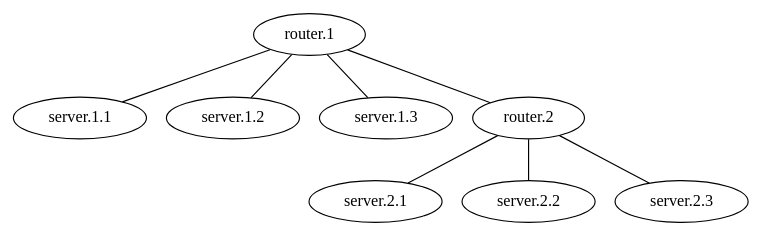
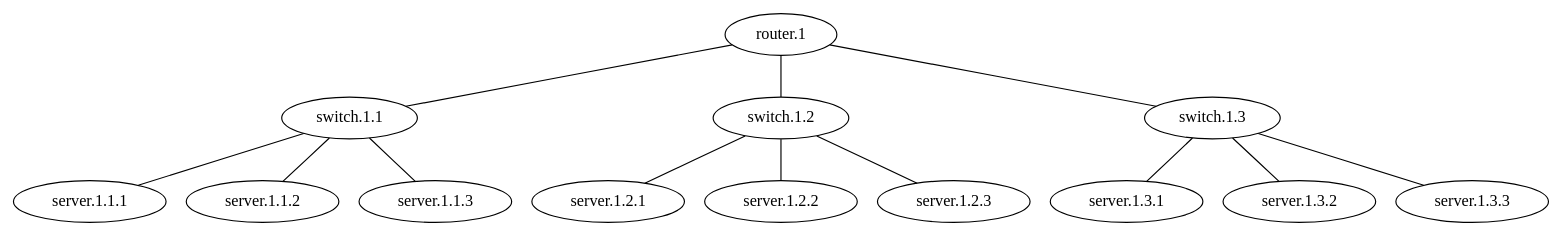
One commit to matferronato/TopologyGen changed the diagram in TopologyGen/TopologyInfo/topology.dot. Above: the diagram before and after it, drawn with Graphviz. The commit also changed 108 other files, not shown here.

```diff
--- a/TopologyGen/TopologyInfo/topology.dot
+++ b/TopologyGen/TopologyInfo/topology.dot
@@ -1,25 +1,32 @@
 graph vx {
 "router.1" [function="leaf" vagrant="eth1" os="hashicorp/bionic64" version="1.0.282" memory="500" config="./helper_scripts/config_production_switch.sh" ] 
-"server.1.1" [function="leaf" vagrant="eth1" os="hashicorp/bionic64" version="1.0.282" memory="500" config="./helper_scripts/config_production_switch.sh" ] 
-"server.1.2" [function="leaf" vagrant="eth1" os="hashicorp/bionic64" version="1.0.282" memory="500" config="./helper_scripts/config_production_switch.sh" ] 
-"server.1.3" [function="leaf" vagrant="eth1" os="hashicorp/bionic64" version="1.0.282" memory="500" config="./helper_scripts/config_production_switch.sh" ] 
-"router.2" [function="leaf" vagrant="eth1" os="hashicorp/bionic64" version="1.0.282" memory="500" config="./helper_scripts/config_production_switch.sh" ] 
-"server.2.1" [function="leaf" vagrant="eth1" os="hashicorp/bionic64" version="1.0.282" memory="500" config="./helper_scripts/config_production_switch.sh" ] 
-"server.2.2" [function="leaf" vagrant="eth1" os="hashicorp/bionic64" version="1.0.282" memory="500" config="./helper_scripts/config_production_switch.sh" ] 
-"server.2.3" [function="leaf" vagrant="eth1" os="hashicorp/bionic64" version="1.0.282" memory="500" config="./helper_scripts/config_production_switch.sh" ] 
-"router.1":"eth1" -- "server.1.1":"eth50"
+"switch.1.1" [function="leaf" vagrant="eth1" os="hashicorp/bionic64" version="1.0.282" memory="500" config="./helper_scripts/config_production_switch.sh" ] 
+"server.1.1.1" [function="leaf" vagrant="eth1" os="hashicorp/bionic64" version="1.0.282" memory="500" config="./helper_scripts/config_production_switch.sh" ] 
+"server.1.1.2" [function="leaf" vagrant="eth1" os="hashicorp/bionic64" version="1.0.282" memory="500" config="./helper_scripts/config_production_switch.sh" ] 
+"server.1.1.3" [function="leaf" vagrant="eth1" os="hashicorp/bionic64" version="1.0.282" memory="500" config="./helper_scripts/config_production_switch.sh" ] 
+"switch.1.2" [function="leaf" vagrant="eth1" os="hashicorp/bionic64" version="1.0.282" memory="500" config="./helper_scripts/config_production_switch.sh" ] 
+"server.1.2.1" [function="leaf" vagrant="eth1" os="hashicorp/bionic64" version="1.0.282" memory="500" config="./helper_scripts/config_production_switch.sh" ] 
+"server.1.2.2" [function="leaf" vagrant="eth1" os="hashicorp/bionic64" version="1.0.282" memory="500" config="./helper_scripts/config_production_switch.sh" ] 
+"server.1.2.3" [function="leaf" vagrant="eth1" os="hashicorp/bionic64" version="1.0.282" memory="500" config="./helper_scripts/config_production_switch.sh" ] 
+"switch.1.3" [function="leaf" vagrant="eth1" os="hashicorp/bionic64" version="1.0.282" memory="500" config="./helper_scripts/config_production_switch.sh" ] 
+"server.1.3.1" [function="leaf" vagrant="eth1" os="hashicorp/bionic64" version="1.0.282" memory="500" config="./helper_scripts/config_production_switch.sh" ] 
+"server.1.3.2" [function="leaf" vagrant="eth1" os="hashicorp/bionic64" version="1.0.282" memory="500" config="./helper_scripts/config_production_switch.sh" ] 
+"server.1.3.3" [function="leaf" vagrant="eth1" os="hashicorp/bionic64" version="1.0.282" memory="500" config="./helper_scripts/config_production_switch.sh" ] 
+"router.1":"eth1" -- "switch.1.1":"eth50"
+"switch.1.1":"eth1" -- "server.1.1.1":"eth50"
+"switch.1.1":"eth2" -- "server.1.1.2":"eth50"
+"switch.1.1":"eth3" -- "server.1.1.3":"eth50"
 
-"router.1":"eth2" -- "server.1.2":"eth50"
+"router.1":"eth2" -- "switch.1.2":"eth50"
+"switch.1.2":"eth1" -- "server.1.2.1":"eth50"
+"switch.1.2":"eth2" -- "server.1.2.2":"eth50"
+"switch.1.2":"eth3" -- "server.1.2.3":"eth50"
 
-"router.1":"eth3" -- "server.1.3":"eth50"
-
-"router.2":"eth1" -- "server.2.1":"eth50"
-
-"router.2":"eth2" -- "server.2.2":"eth50"
-
-"router.2":"eth3" -- "server.2.3":"eth50"
+"router.1":"eth3" -- "switch.1.3":"eth50"
+"switch.1.3":"eth1" -- "server.1.3.1":"eth50"
+"switch.1.3":"eth2" -- "server.1.3.2":"eth50"
+"switch.1.3":"eth3" -- "server.1.3.3":"eth50"
 
 
-"router.1":"eth50" -- "router.2":"eth49"
 
 }
```
